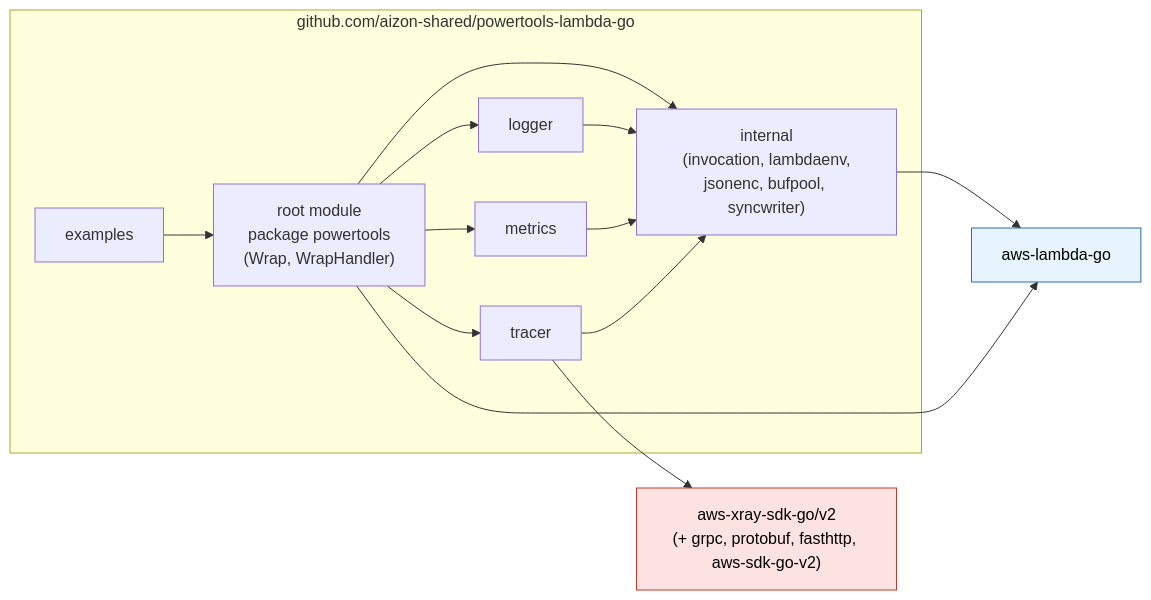
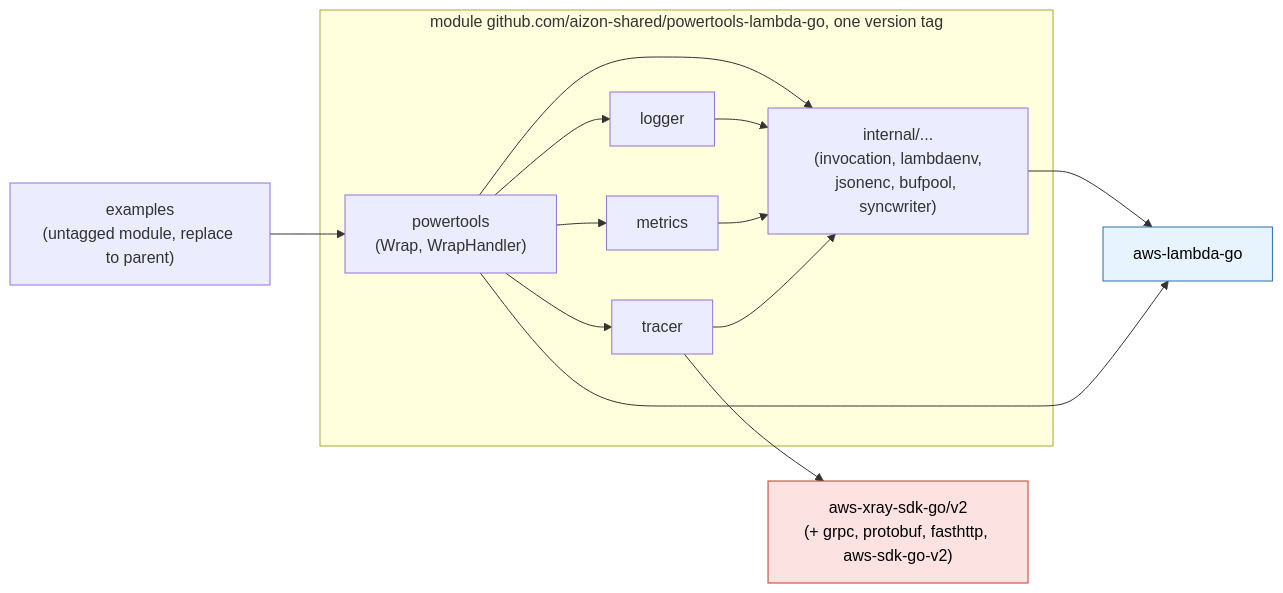
Before and after one commit to christiangda/powertools-lambda-go-plan: the first of 2 diagrams in README.md, drawn with Mermaid. The commit also changed other lines of this file and 9 other files, not shown here.

Commit message:
One module and one version for every component

````diff
--- a/README.md
+++ b/README.md
@@ -109,28 +105,28 @@
 ```mermaid
 flowchart LR
-  subgraph repo["github.com/aizon-shared/powertools-lambda-go"]
-    root["root module<br/>package powertools<br/>(Wrap, WrapHandler)"]
+  subgraph mod["module github.com/aizon-shared/powertools-lambda-go, one version tag"]
+    root["powertools<br/>(Wrap, WrapHandler)"]
     logger["logger"]
     metrics["metrics"]
     tracer["tracer"]
-    internal["internal<br/>(invocation, lambdaenv,<br/>jsonenc, bufpool, syncwriter)"]
-    examples["examples"]
+    internal["internal/...<br/>(invocation, lambdaenv,<br/>jsonenc, bufpool, syncwriter)"]
   end
   lambdago["aws-lambda-go"]
   xray["aws-xray-sdk-go/v2<br/>(+ grpc, protobuf, fasthttp, aws-sdk-go-v2)"]
+  examples["examples<br/>(untagged module, replace to parent)"]
   root --> logger
   root --> metrics
   root --> tracer
   root --> internal
   logger --> internal
   metrics --> internal
   tracer --> internal
   tracer --> xray
   internal --> lambdago
   root --> lambdago
   examples --> root
   classDef heavy fill:#fde2e2,stroke:#c0392b,color:#000;
   classDef std fill:#e8f4fd,stroke:#2b6cb0,color:#000;
   class xray heavy;
   class lambdago std;
 ```
````
